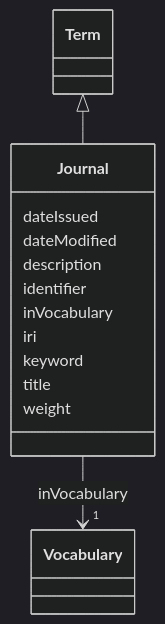
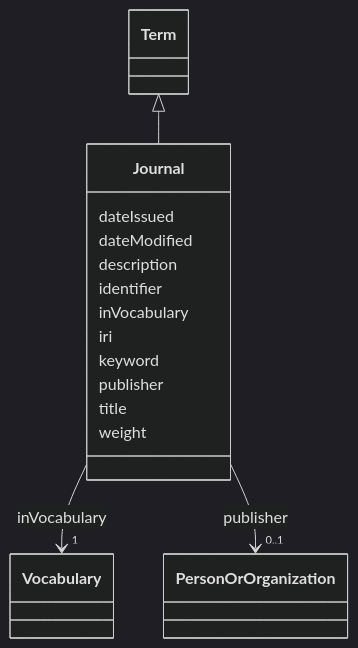
Before and after one commit to EVORA-project/evora-ontology: the diagram in models/docs/Journal.md, drawn with Mermaid (dark theme). The commit also changed other lines of this file and 468 other files, not shown here.

````diff
--- a/models/docs/Journal.md
+++ b/models/docs/Journal.md
@@ -19,34 +19,43 @@
 ```mermaid
  classDiagram
     class Journal
     click Journal href "../Journal"
       Term <|-- Journal
         click Term href "../Term"
       
       Journal : dateIssued
         
       Journal : dateModified
         
       Journal : description
         
       Journal : identifier
         
       Journal : inVocabulary
         
           
     
     
     Journal --> "1" Vocabulary : inVocabulary
     click Vocabulary href "../Vocabulary"
 
         
       Journal : iri
         
       Journal : keyword
         
+      Journal : publisher
+        
+          
+    
+    
+    Journal --> "0..1" PersonOrOrganization : publisher
+    click PersonOrOrganization href "../PersonOrOrganization"
+
+        
       Journal : title
         
       Journal : weight
         
       
 ```
````
